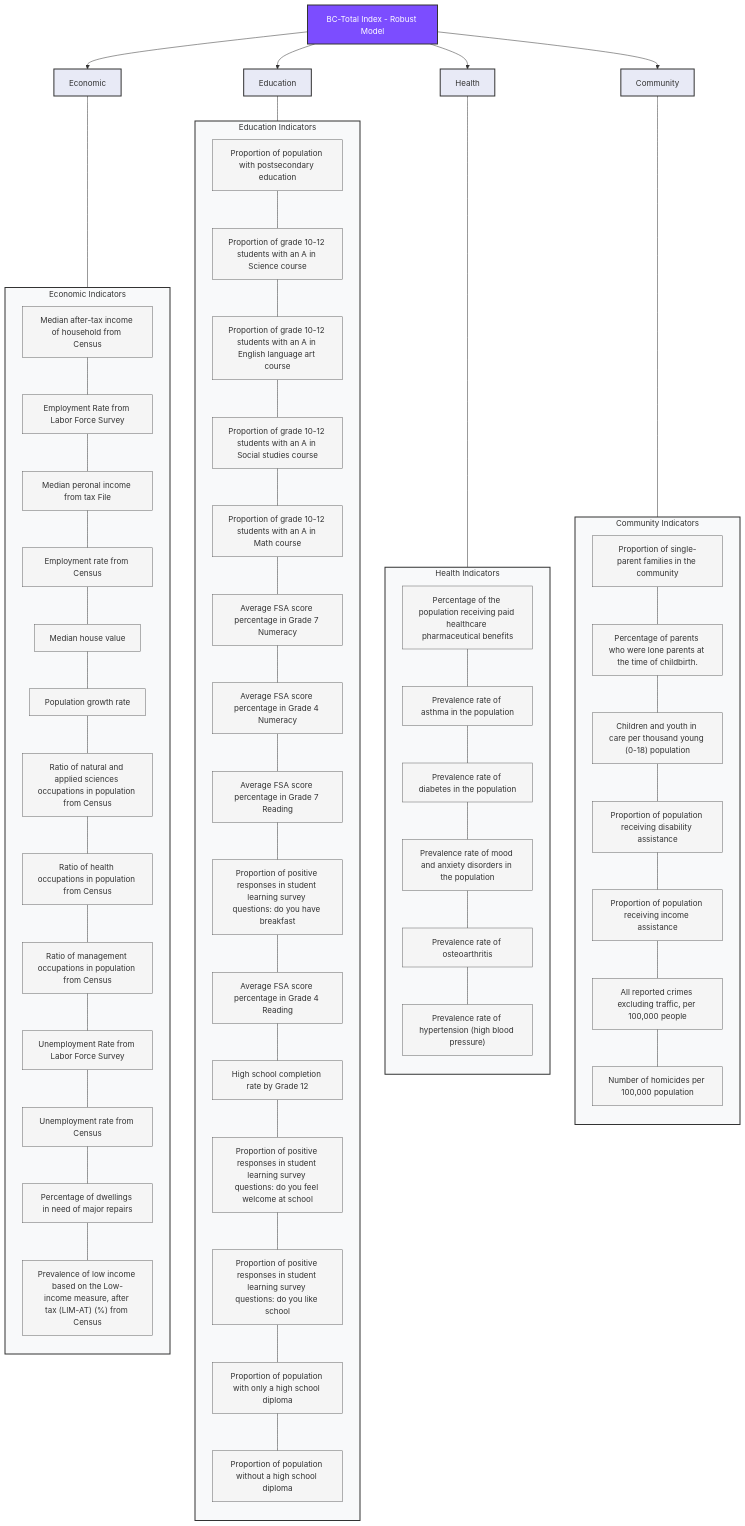
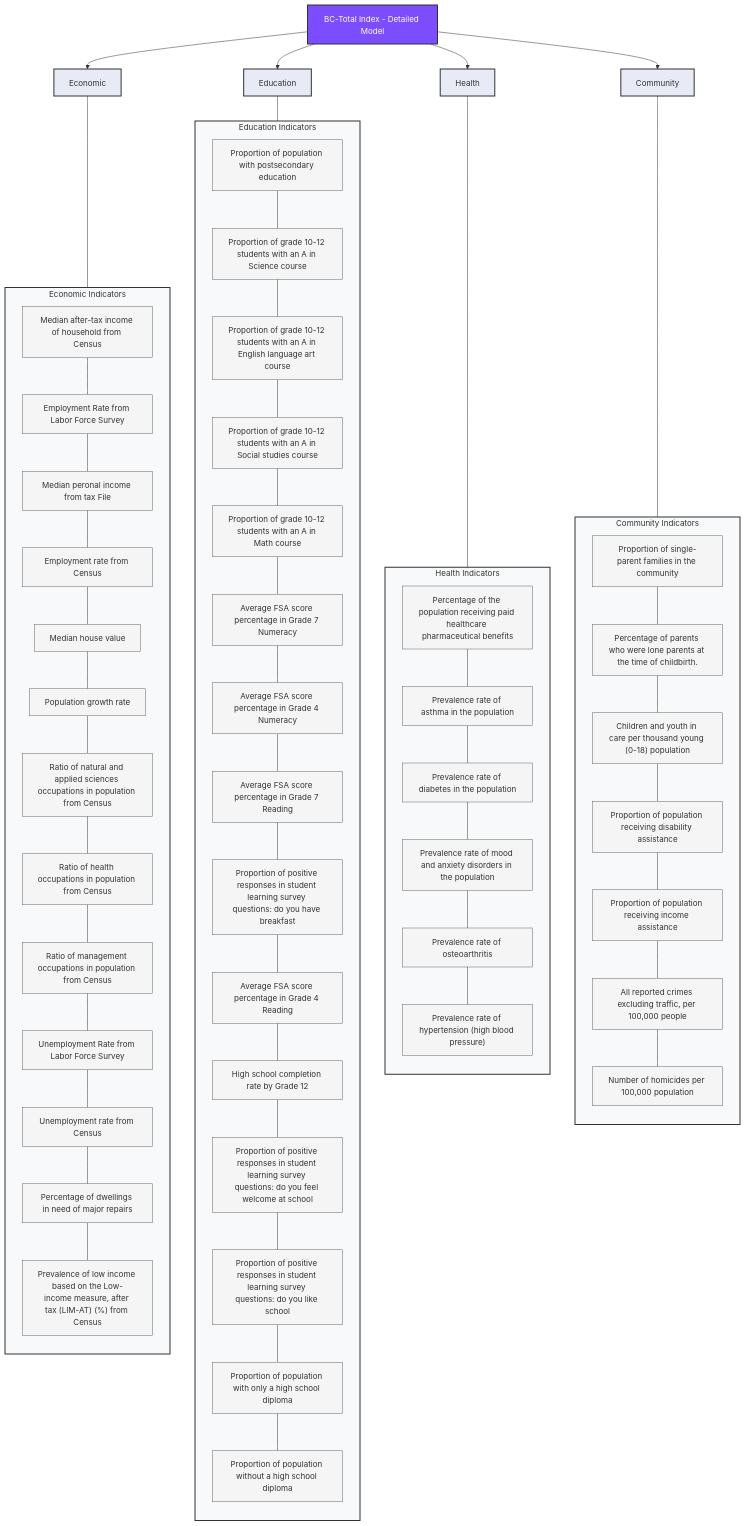
The first of 4 diagrams in src/background_info/SES_indices_hierarchical_diagram.md (bcgov/bcstats-ses), drawn with Mermaid before and after one commit. The commit also changed other lines of this file, not shown here.

Commit message:
rename Detailed model

````diff
--- a/src/background_info/SES_indices_hierarchical_diagram.md
+++ b/src/background_info/SES_indices_hierarchical_diagram.md
@@ -62,76 +62,76 @@
 ```mermaid
 graph TD
-    A[BC-Total Index - Robust Model] --> B[Economic]
+    A[BC-Total Index - Detailed Model] --> B[Economic]
     A --> C[Education]
     A --> D[Health]
     A --> E[Community]
 
     %%  Link each category to the FIRST node INSIDE its subgraph
     B --- B1
     C --- C1
     D --- D1
     E --- E1
 
     subgraph EconBox ["Economic Indicators"]
         direction TB
         B1[Median after-tax income of household from Census] --- B2[Employment Rate from Labor Force Survey]
         B2 --- B3[Median peronal income from tax File]
         B3 --- B4[Employment rate from Census]
         B4 --- B5[Median house value]
         B5 --- B6[Population growth rate]
         B6 --- B7[Ratio of natural and applied sciences occupations in population from Census]
         B7 --- B8[Ratio of health occupations in population from Census]
         B8 --- B9[Ratio of management occupations in population from Census]
         B9 --- B10[Unemployment Rate from Labor Force Survey]
         B10 --- B11[Unemployment rate from Census]
         B11 --- B12[Percentage of dwellings in need of major repairs]
         B12 --- B13["Prevalence of low income based on the Low-income measure, after tax (LIM-AT) (%) from Census"]
     end
 
     subgraph EduBox ["Education Indicators"]
         direction TB
         C1[Proportion of population with postsecondary education] --- C2[Proportion of grade 10-12 students with an A in Science course]
         C2 --- C3[Proportion of grade 10-12 students with an A in English language art course]
         C3 --- C4[Proportion of grade 10-12 students with an A in Social studies course]
         C4 --- C5[Proportion of grade 10-12 students with an A in Math course]
         C5 --- C6[Average FSA score percentage in Grade 7 Numeracy]
         C6 --- C7[Average FSA score percentage in Grade 4 Numeracy]
         C7 --- C8[Average FSA score percentage in Grade 7 Reading]
         C8 --- C9[Proportion of positive responses in student learning survey questions: do you have breakfast ]
         C9 --- C10[Average FSA score percentage in Grade 4 Reading]
         C10 --- C11[High school completion rate by Grade 12]
         C11 --- C12[Proportion of positive responses in student learning survey questions: do you feel welcome at school]
         C12 --- C13[Proportion of positive responses in student learning survey questions: do you like school]
         C13 --- C14[Proportion of population with only a high school diploma]
         C14 --- C15[Proportion of population without a high school diploma]
     end
 
     subgraph HealthBox ["Health Indicators"]
         direction TB
         D1[Percentage of the population receiving paid healthcare pharmaceutical benefits] --- D2[Prevalence rate of asthma in the population]
         D2 --- D3[Prevalence rate of diabetes in the population]
         D3 --- D4[Prevalence rate of mood and anxiety disorders in the population]
         D4 --- D5[Prevalence rate of osteoarthritis]
         D5 --- D6["Prevalence rate of hypertension (high blood pressure)"]
     end
 
     subgraph CommunityBox ["Community Indicators"]
         direction TB
         E1[Proportion of single-parent families in the community] --- E2[Percentage of parents who were lone parents at the time of childbirth.]
         E2 --- E3["Children and youth in care per thousand young (0-18) population"]
         E3 --- E4[Proportion of population receiving disability assistance]
         E4 --- E5[Proportion of population receiving income assistance]
         E5 --- E6[All reported crimes excluding traffic, per 100,000 people]
         E6 --- E7[Number of homicides per 100,000 population]
     end
 
     classDef indexStyle fill:#7C4DFF,stroke:#333,stroke-width:2px,color:#fff
     classDef domainStyle fill:#E8EAF6,stroke:#333,stroke-width:2px
     classDef indicatorStyle fill:#F5F5F5,stroke:#666,stroke-width:1px
     classDef boxStyle fill:#F8F9FA,stroke:#333,stroke-width:2px
 
     class A indexStyle
     class B,C,D,E domainStyle
     class EconBox,EduBox,HealthBox,CommunityBox boxStyle
     class B1,B2,B3,B4,B5,B6,B7,B8,B9,B10,B11,B12,B13,C1,C2,C3,C4,C5,C6,C7,C8,C9,C10,C11,C12,C13,C14,C15,D1,D2,D3,D4,D5,D6,E1,E2,E3,E4,E5,E6,E7 indicatorStyle
 ```
````
